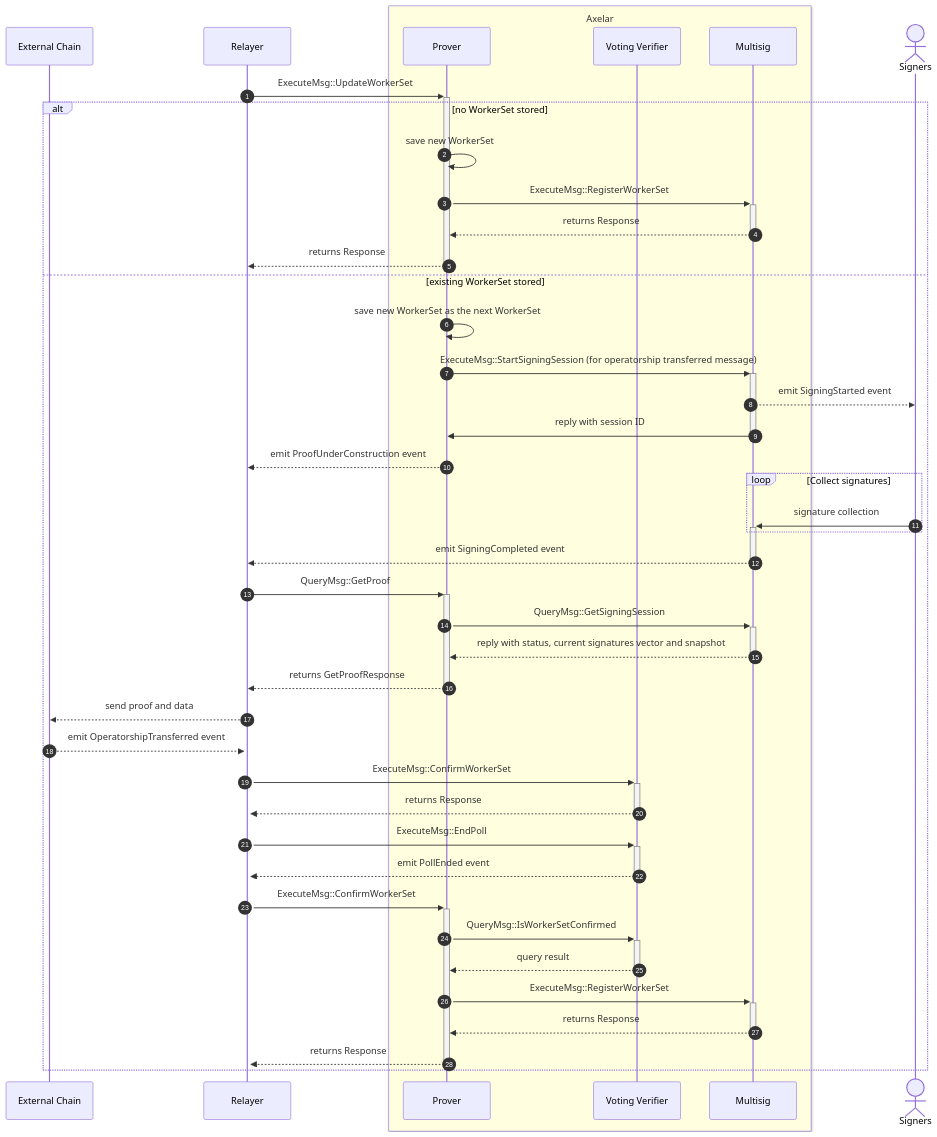
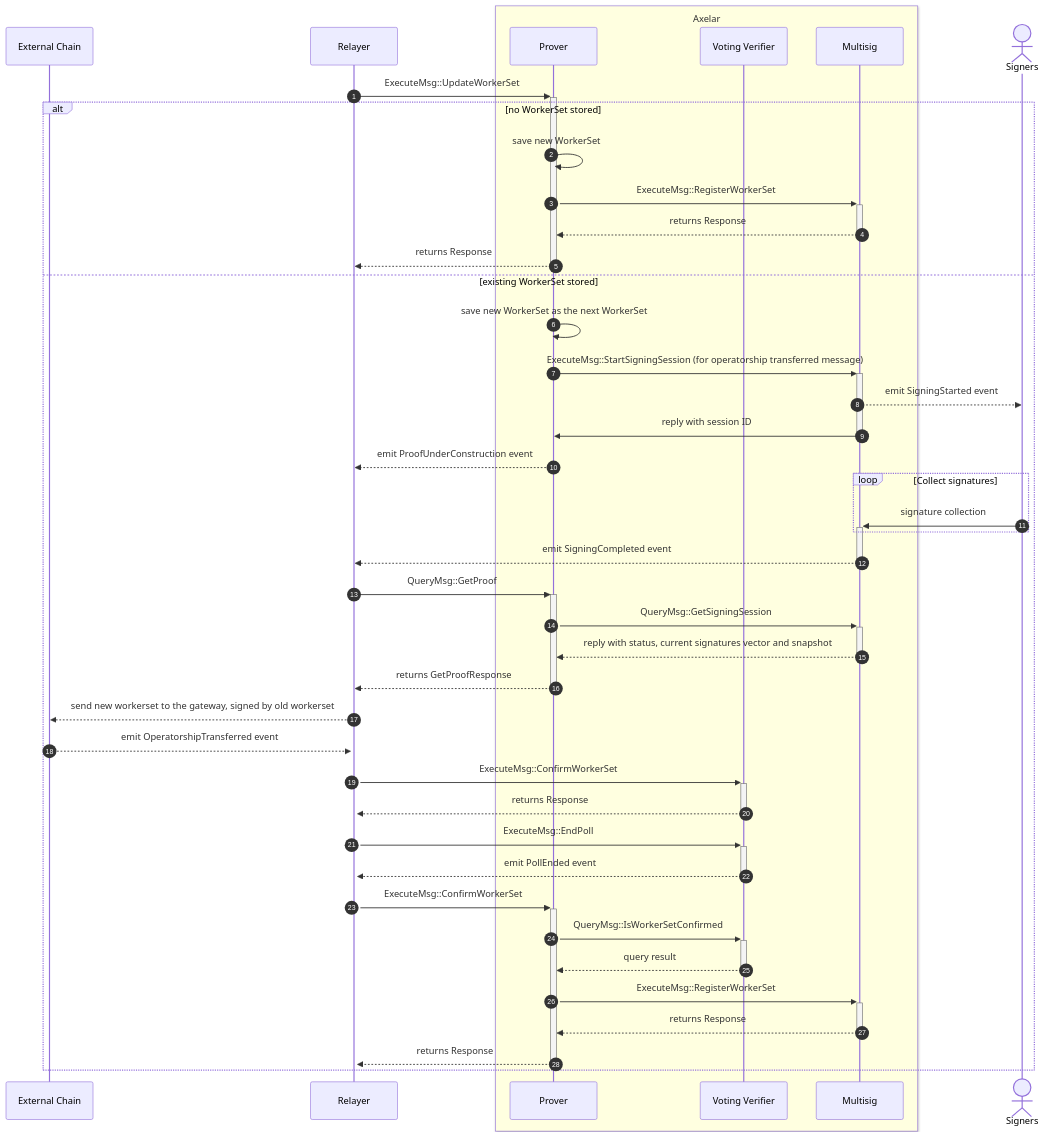
The fourth of 4 diagrams in doc/src/contracts/multisig_prover.md (axelarnetwork/axelar-amplifier), drawn with Mermaid before and after one commit.

Commit message:
Update descriptions

````diff
--- a/doc/src/contracts/multisig_prover.md
+++ b/doc/src/contracts/multisig_prover.md
@@ -150,45 +150,45 @@
 ```mermaid
 sequenceDiagram
 autonumber
 participant External Chain
 participant Relayer
 box LightYellow Axelar
 participant Prover
 participant Voting Verifier
 participant Multisig
 end
 actor Signers
 Relayer->>+Prover: ExecuteMsg::UpdateWorkerSet
 alt no WorkerSet stored
   Prover->>Prover: save new WorkerSet
   Prover->>+Multisig: ExecuteMsg::RegisterWorkerSet
   Multisig-->>-Prover: returns Response
   Prover-->>-Relayer: returns Response
 else existing WorkerSet stored
   Prover->>Prover: save new WorkerSet as the next WorkerSet
   Prover->>+Multisig: ExecuteMsg::StartSigningSession (for operatorship transferred message)
   Multisig-->>Signers: emit SigningStarted event
   Multisig->>-Prover: reply with session ID
   Prover-->>Relayer: emit ProofUnderConstruction event
   loop Collect signatures
 	  Signers->>+Multisig: signature collection
   end
   Multisig-->>-Relayer: emit SigningCompleted event
   Relayer->>+Prover: QueryMsg::GetProof
   Prover->>+Multisig: QueryMsg::GetSigningSession
   Multisig-->>-Prover: reply with status, current signatures vector and snapshot
   Prover-->>-Relayer: returns GetProofResponse
-  Relayer-->>External Chain: send proof and data
+  Relayer-->>External Chain: send new workerset to the gateway, signed by old workerset
   External Chain-->>+Relayer: emit OperatorshipTransferred event
   Relayer->>+Voting Verifier: ExecuteMsg::ConfirmWorkerSet
   Voting Verifier-->>-Relayer: returns Response
   Relayer->>+Voting Verifier: ExecuteMsg::EndPoll
   Voting Verifier-->>-Relayer: emit PollEnded event
   Relayer->>+Prover: ExecuteMsg::ConfirmWorkerSet
   Prover->>+Voting Verifier: QueryMsg::IsWorkerSetConfirmed
   Voting Verifier-->>-Prover: query result
   Prover->>+Multisig: ExecuteMsg::RegisterWorkerSet
   Multisig-->>-Prover: returns Response
   Prover-->>-Relayer: returns Response
 end
 ```
````
